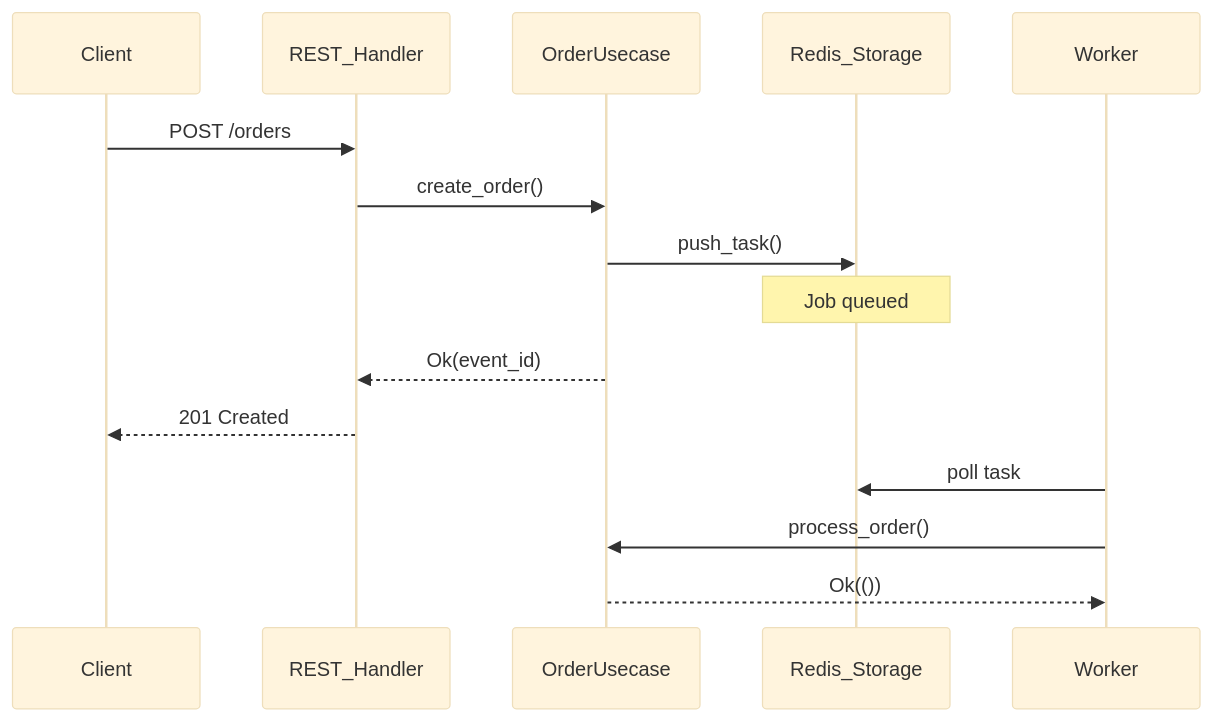
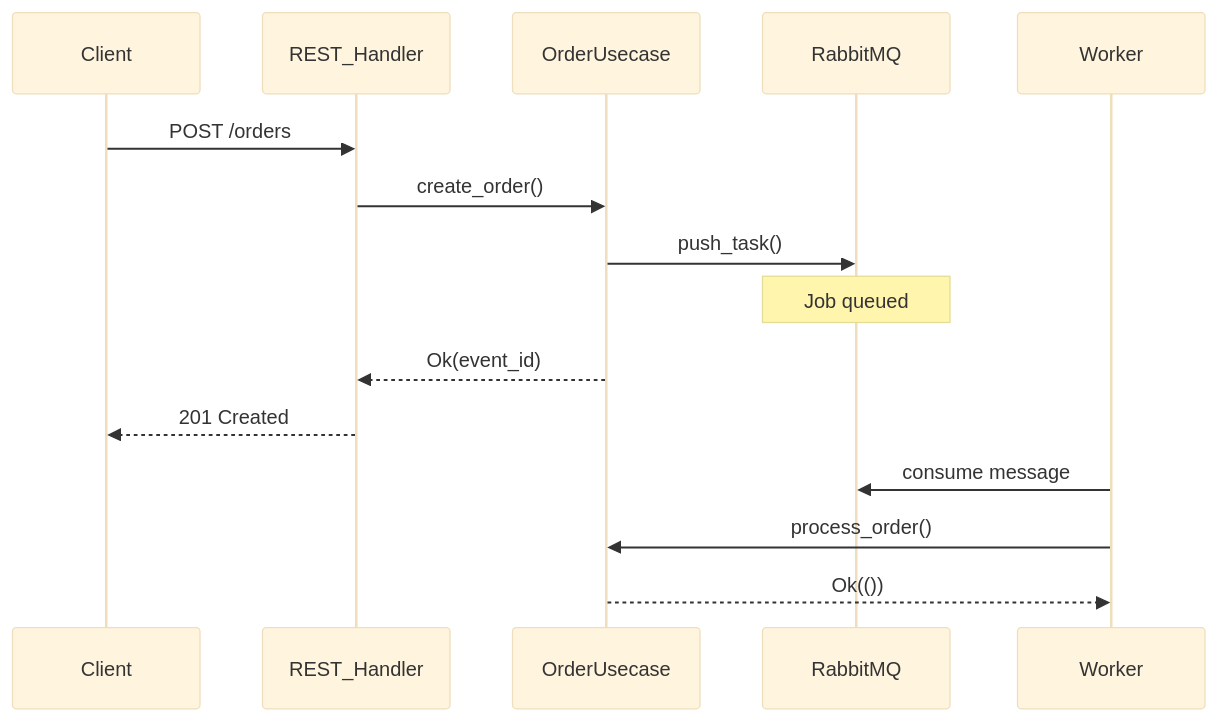
One commit to skyapps-id/rust-apalis-test changed the diagram in ARCHITECTURE.md. Above: the diagram before and after it, drawn with Mermaid (base theme). The commit also changed other lines of this file and 2 other files, not shown here.

````diff
--- a/ARCHITECTURE.md
+++ b/ARCHITECTURE.md
@@ -204,18 +207,18 @@
 ```mermaid
 sequenceDiagram
     participant Client
     participant REST_Handler
     participant OrderUsecase
-    participant Redis_Storage
+    participant RabbitMQ
     participant Worker
 
     Client->>REST_Handler: POST /orders
     REST_Handler->>OrderUsecase: create_order()
-    OrderUsecase->>Redis_Storage: push_task()
-    Note over Redis_Storage: Job queued
+    OrderUsecase->>RabbitMQ: push_task()
+    Note over RabbitMQ: Job queued
     OrderUsecase-->>REST_Handler: Ok(event_id)
     REST_Handler-->>Client: 201 Created
-    Worker->>Redis_Storage: poll task
+    Worker->>RabbitMQ: consume message
     Worker->>OrderUsecase: process_order()
     OrderUsecase-->>Worker: Ok(())
 ```
````
